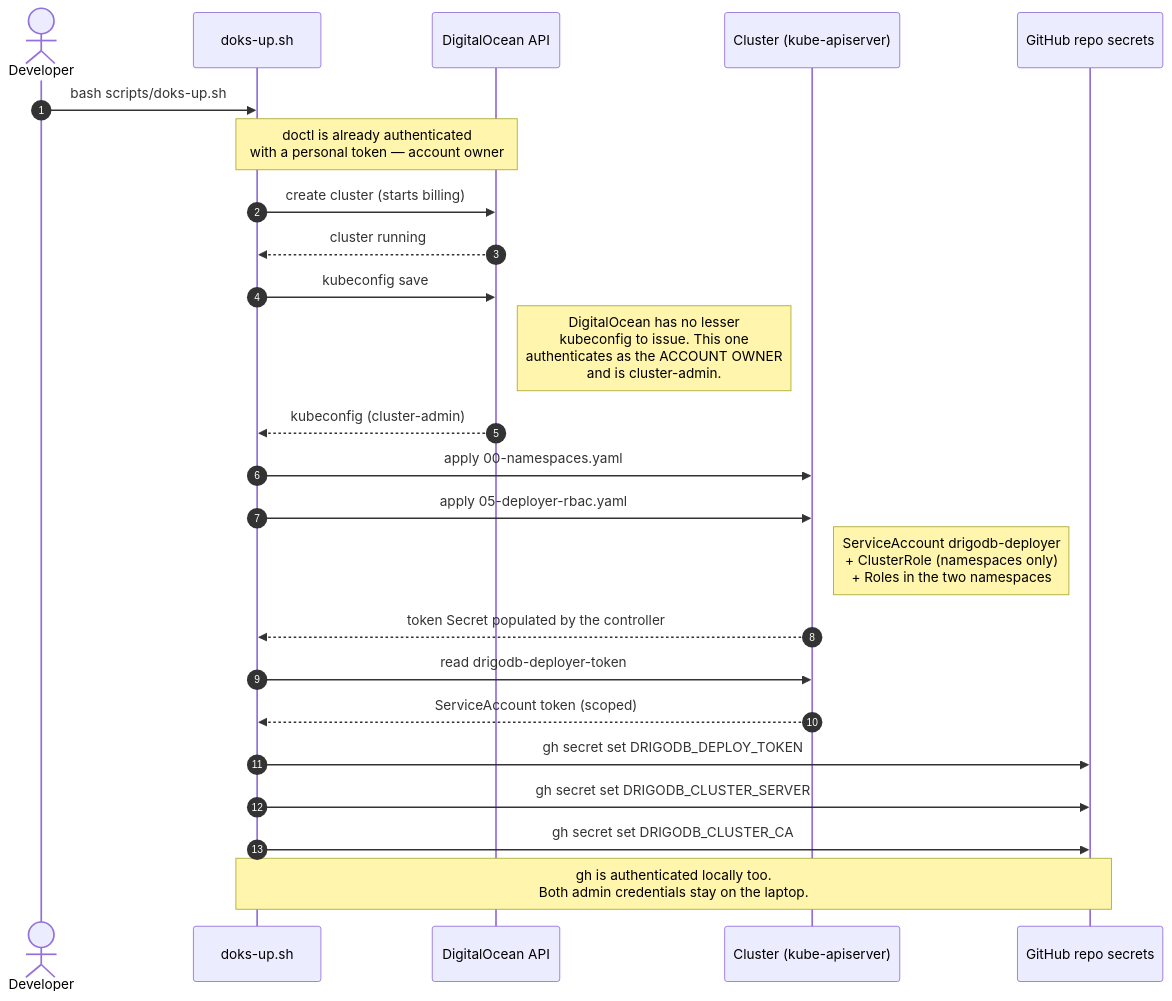
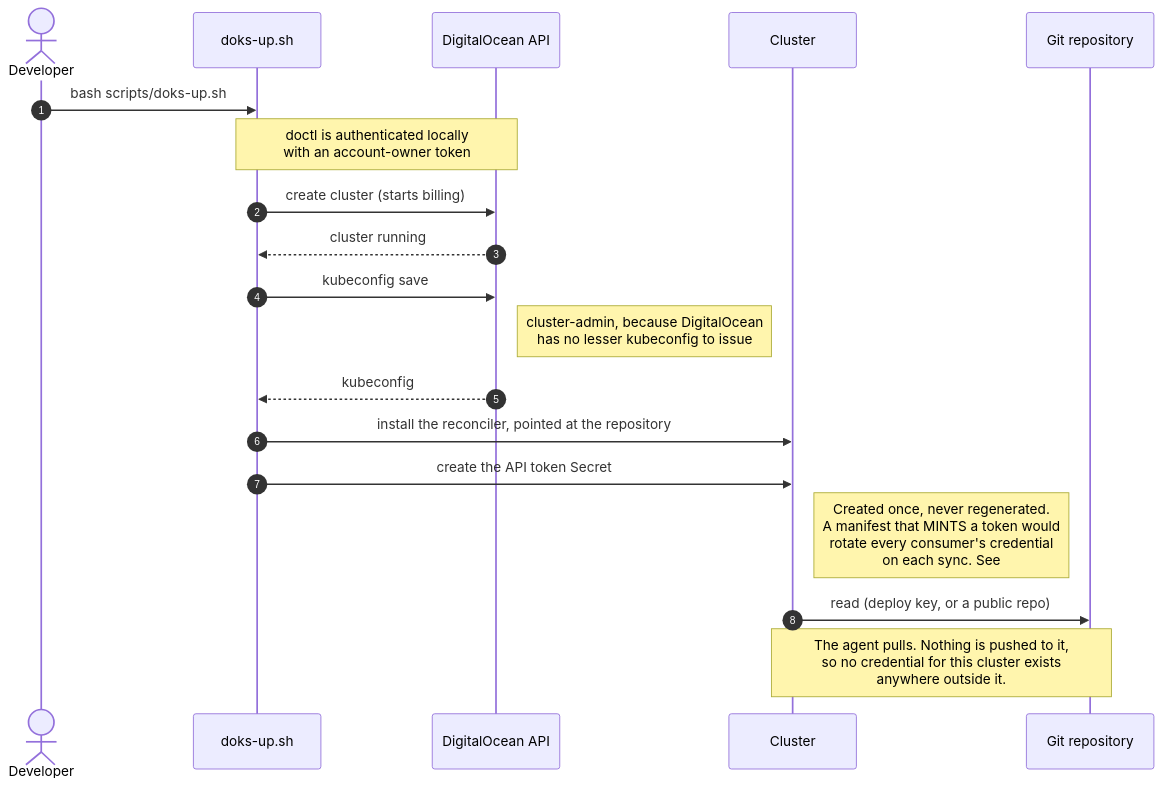
One commit to drigolabs/drigodb changed the first of 4 diagrams in docs/diagrams/deploy-flow.md. Above: the diagram before and after it, drawn with Mermaid. The commit also changed other lines of this file and 2 other files, not shown here.

First line of the commit message:
docs: draw the deploy flow decision 0002 leads to, not the one being left

````diff
--- a/docs/diagrams/deploy-flow.md
+++ b/docs/diagrams/deploy-flow.md
@@ -23,30 +26,25 @@
 ```mermaid
 sequenceDiagram
     autonumber
     actor Dev as Developer
     participant Up as doks-up.sh
     participant DO as DigitalOcean API
-    participant K8s as Cluster (kube-apiserver)
-    participant GH as GitHub repo secrets
+    participant K8s as Cluster
+    participant Repo as Git repository
 
     Dev->>Up: bash scripts/doks-up.sh
-    Note over Up,DO: doctl is already authenticated<br/>with a personal token — account owner
+    Note over Up,DO: doctl is authenticated locally<br/>with an account-owner token
 
     Up->>DO: create cluster (starts billing)
     DO-->>Up: cluster running
     Up->>DO: kubeconfig save
-    Note right of DO: DigitalOcean has no lesser<br/>kubeconfig to issue. This one<br/>authenticates as the ACCOUNT OWNER<br/>and is cluster-admin.
-    DO-->>Up: kubeconfig (cluster-admin)
+    Note right of DO: cluster-admin, because DigitalOcean<br/>has no lesser kubeconfig to issue
+    DO-->>Up: kubeconfig
 
-    Up->>K8s: apply 00-namespaces.yaml
-    Up->>K8s: apply 05-deployer-rbac.yaml
-    Note right of K8s: ServiceAccount drigodb-deployer<br/>+ ClusterRole (namespaces only)<br/>+ Roles in the two namespaces
-    K8s-->>Up: token Secret populated by the controller
+    Up->>K8s: install the reconciler, pointed at the repository
+    Up->>K8s: create the API token Secret
+    Note right of K8s: Created once, never regenerated.<br/>A manifest that MINTS a token would<br/>rotate every consumer's credential<br/>on each sync. See #49.
 
-    Up->>K8s: read drigodb-deployer-token
-    K8s-->>Up: ServiceAccount token (scoped)
-    Up->>GH: gh secret set DRIGODB_DEPLOY_TOKEN
-    Up->>GH: gh secret set DRIGODB_CLUSTER_SERVER
-    Up->>GH: gh secret set DRIGODB_CLUSTER_CA
-    Note over Up,GH: gh is authenticated locally too.<br/>Both admin credentials stay on the laptop.
+    K8s->>Repo: read (deploy key, or a public repo)
+    Note over K8s,Repo: The agent pulls. Nothing is pushed to it,<br/>so no credential for this cluster exists<br/>anywhere outside it.
 ```
````
